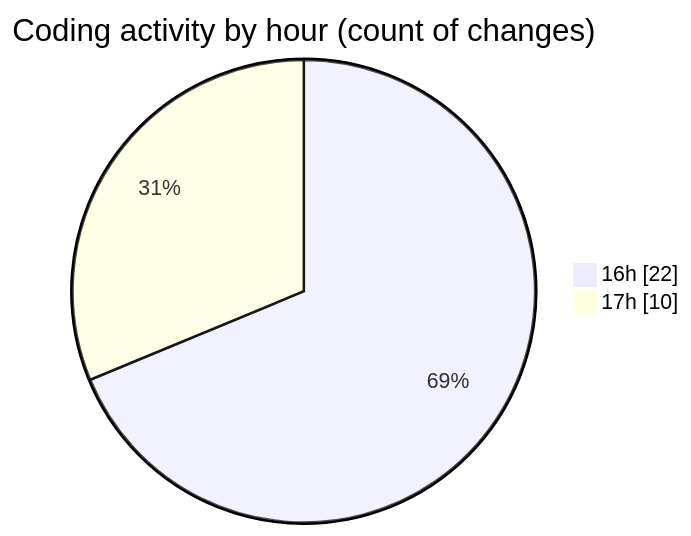
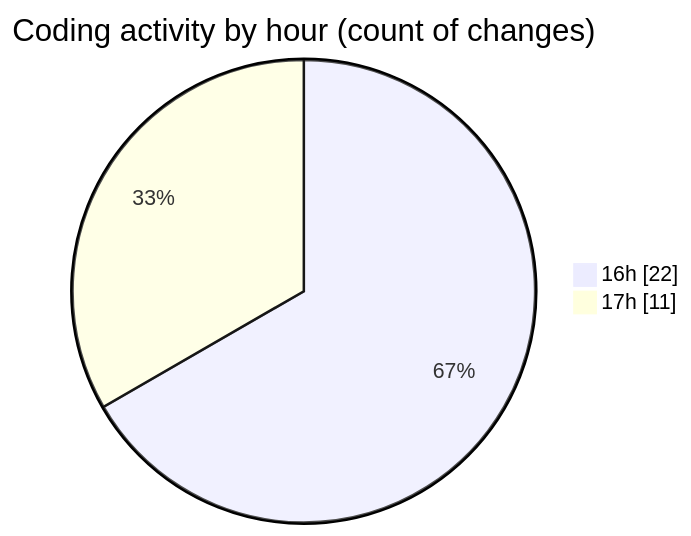
One commit to becaeroporto-bot/code-tracking changed the second of 2 diagrams in 2026-02-17/bot_v1_2/README.md. Above: the diagram before and after it, drawn with Mermaid. The commit also changed other lines of this file and 1 other file, not shown here.

````diff
--- a/2026-02-17/bot_v1_2/README.md
+++ b/2026-02-17/bot_v1_2/README.md
@@ -40,6 +40,6 @@
 ```mermaid
 pie showData
 title Coding activity by hour (count of changes)
 "16h" : 22
-"17h" : 10
+"17h" : 11
 ```
````
